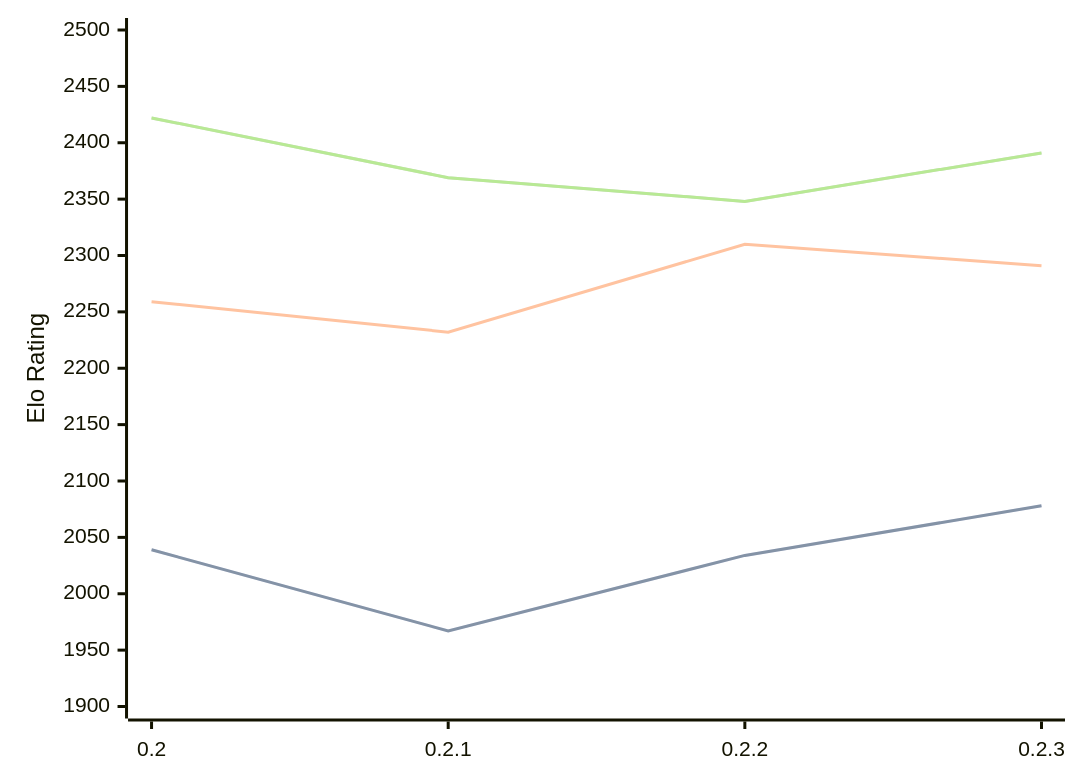
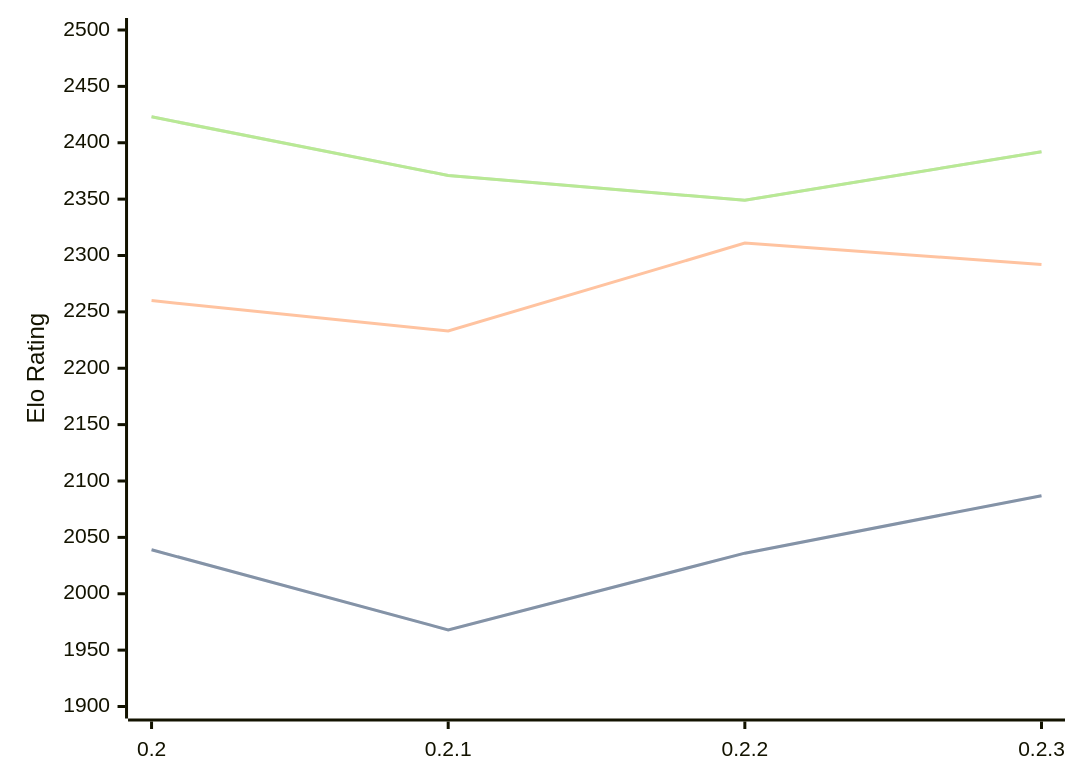
The diagram in engines/Lolbot.md (computer-chess-index/cci), drawn with Mermaid before and after one commit. The commit also changed other lines of this file, not shown here.

Commit message:
Update CCI Ratings (ELO VLTC) - 2026-02-21

````diff
--- a/engines/Lolbot.md
+++ b/engines/Lolbot.md
@@ -32,11 +32,11 @@
 ```mermaid
 %%{init: {"theme":"base","themeVariables":{"seriesColors:['#a3a3a3','#222221','#faa371']}}}%%
 xychart-beta
   x-axis ["0.2", "0.2.1", "0.2.2", "0.2.3"]
   y-axis "Elo Rating" 1900 --> 2500
-  line "STC (8.0+0.08s)" [2039, 1967, 2034, 2078]
-  line "STC (8.0+0.08s)" [2039, 1967, 2034, 2078]
-  line "LTC (60.0+0.60s)" [2259, 2232, 2310, 2291]
-  line "VLTC (2m24s+1.12s)" [2422, 2369, 2348, 2391]
-  line "VLTC (2m24s+1.12s)" [2422, 2369, 2348, 2391]
+  line "STC (8.0+0.08s)" [2039, 1968, 2036, 2087]
+  line "STC (8.0+0.08s)" [2039, 1968, 2036, 2087]
+  line "LTC (60.0+0.60s)" [2260, 2233, 2311, 2292]
+  line "VLTC (2m24s+1.12s)" [2423, 2371, 2349, 2392]
+  line "VLTC (2m24s+1.12s)" [2423, 2371, 2349, 2392]
 ```
````
